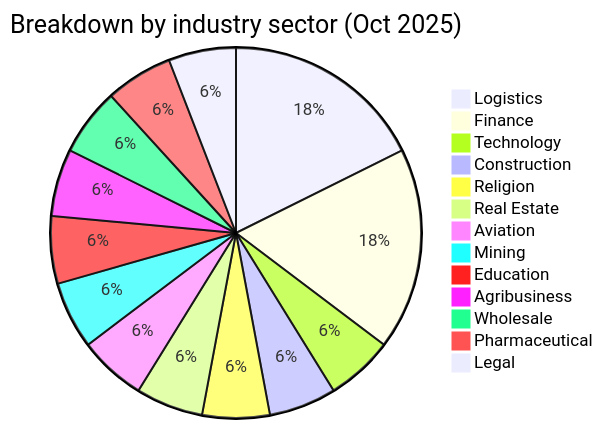
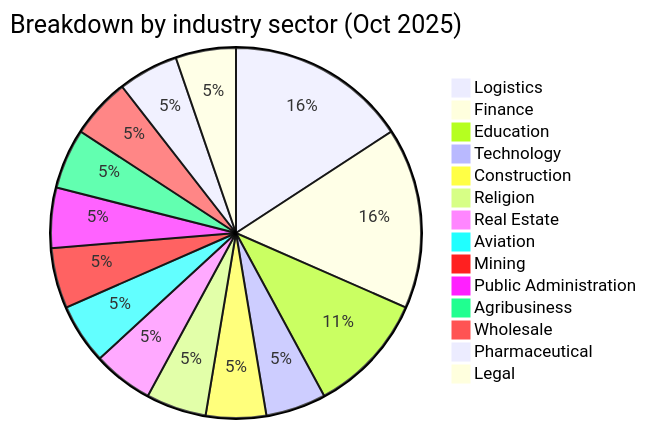
The second of 5 diagrams in CyberAttackAfrica/2025/10-october/README.md (Hatchepsoute/AFRINTEL), drawn with Mermaid before and after one commit. The commit also changed other lines of this file and 255 other files, not shown here.

````diff
--- a/CyberAttackAfrica/2025/10-october/README.md
+++ b/CyberAttackAfrica/2025/10-october/README.md
@@ -83,16 +87,17 @@
 ```mermaid
 pie title Breakdown by industry sector (Oct 2025)
     "Logistics" : 3
     "Finance" : 3
+    "Education" : 2
     "Technology" : 1
     "Construction" : 1
     "Religion" : 1
     "Real Estate" : 1
     "Aviation" : 1
     "Mining" : 1
-    "Education" : 1
+    "Public Administration" : 1
     "Agribusiness" : 1
     "Wholesale" : 1
     "Pharmaceutical" : 1
     "Legal" : 1
 ```
````
